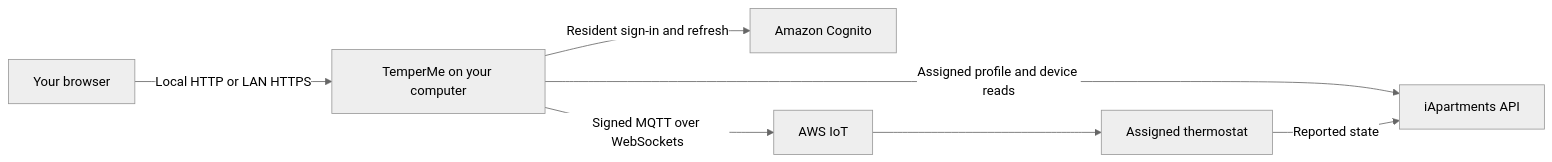
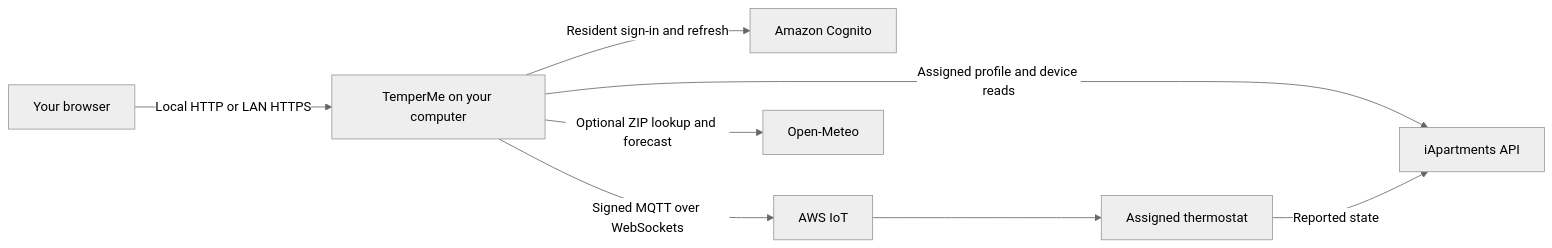
The diagram in docs/architecture.md (mgelsinger/temperme), drawn with Mermaid (neutral theme) before and after one commit. The commit also changed other lines of this file and 23 other files, not shown here.

Commit message:
Add ZIP-based weather forecast banner

````diff
--- a/docs/architecture.md
+++ b/docs/architecture.md
@@ -7,9 +7,10 @@
 ```mermaid
 flowchart LR
     B[Your browser] -->|Local HTTP or LAN HTTPS| T[TemperMe on your computer]
     T -->|Resident sign-in and refresh| C[Amazon Cognito]
     T -->|Assigned profile and device reads| A[iApartments API]
     T -->|Signed MQTT over WebSockets| I[AWS IoT]
+    T -->|Optional ZIP lookup and forecast| W[Open-Meteo]
     I --> H[Assigned thermostat]
     H -->|Reported state| A
 ```
````
